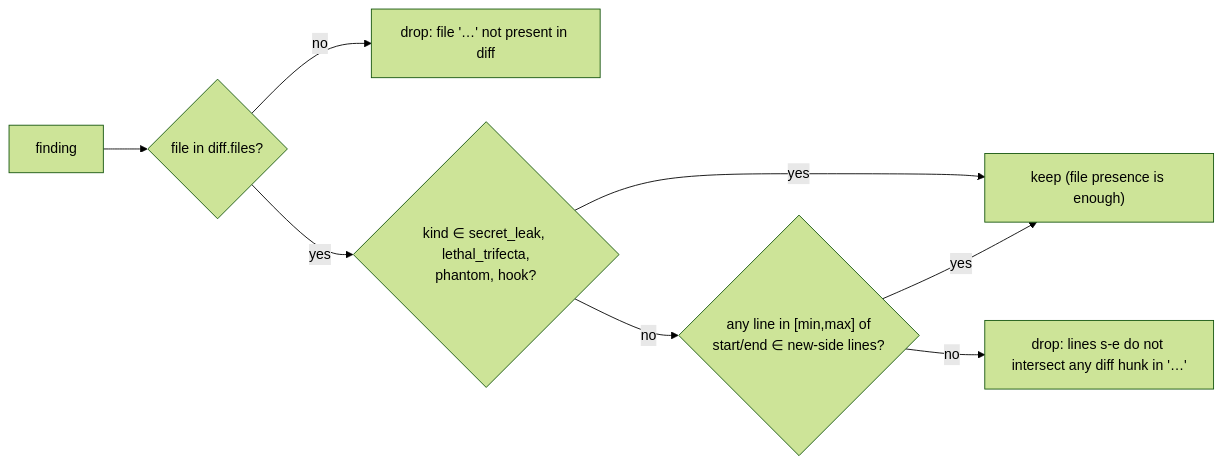
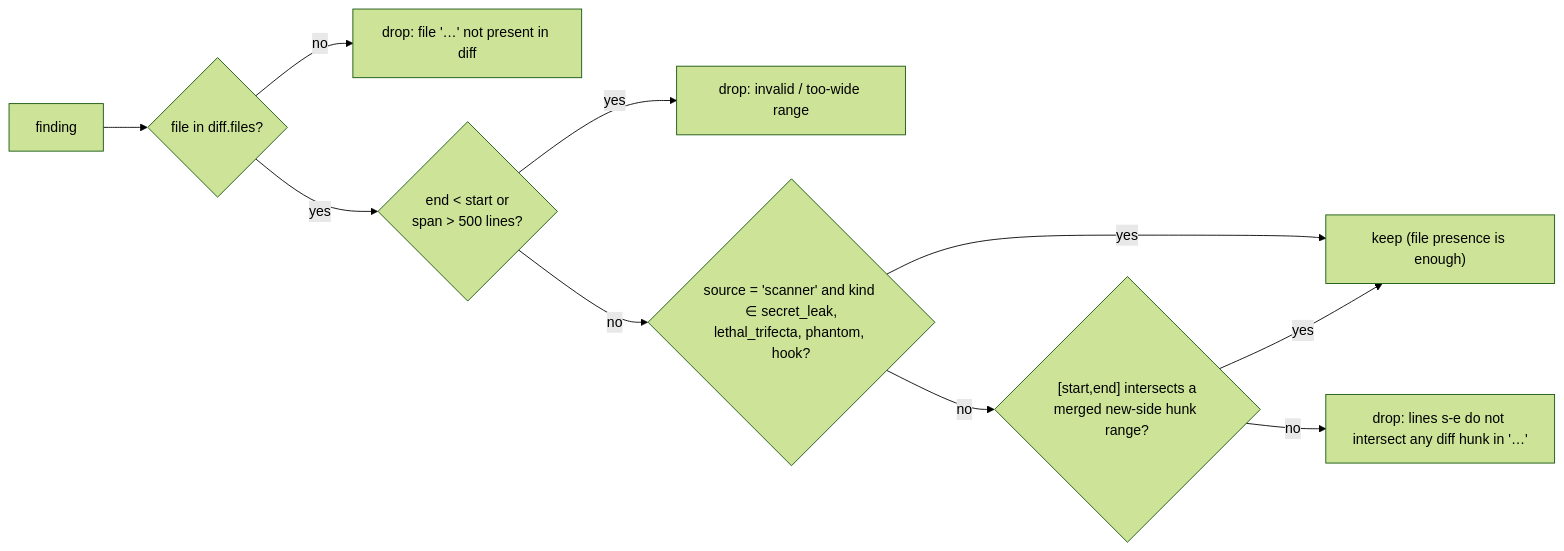
One commit to natalia-zakalyk/dev-digest changed the second of 2 diagrams in reviewer-core/docs/pipeline.md. Above: the diagram before and after it, drawn with Mermaid (forest theme). The commit also changed other lines of this file and 321 other files, not shown here.

````diff
--- a/reviewer-core/docs/pipeline.md
+++ b/reviewer-core/docs/pipeline.md
@@ -136,10 +145,12 @@
 ```mermaid
 flowchart LR
   F["finding"] --> A{"file in diff.files?"}
   A -- no --> D1["drop: file '…' not present in diff"]
-  A -- yes --> B{"kind ∈ secret_leak, lethal_trifecta,<br/>phantom, hook?"}
+  A -- yes --> R{"end < start or<br/>span > 500 lines?"}
+  R -- yes --> D3["drop: invalid / too-wide range"]
+  R -- no --> B{"source = 'scanner' and kind ∈ secret_leak,<br/>lethal_trifecta, phantom, hook?"}
   B -- yes --> K["keep (file presence is enough)"]
-  B -- no --> C{"any line in [min,max] of<br/>start/end ∈ new-side lines?"}
+  B -- no --> C{"[start,end] intersects a<br/>merged new-side hunk range?"}
   C -- yes --> K
   C -- no --> D2["drop: lines s-e do not intersect any diff hunk in '…'"]
 ```
````
